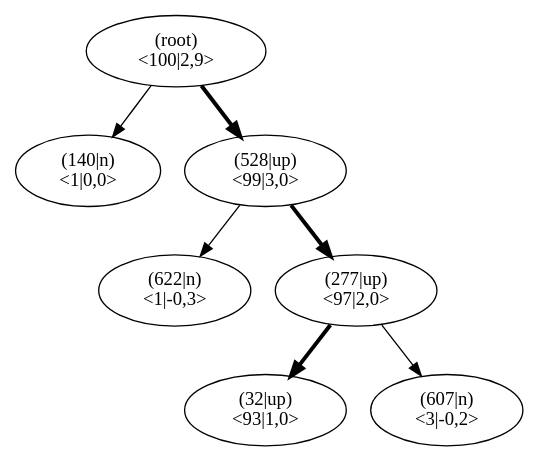
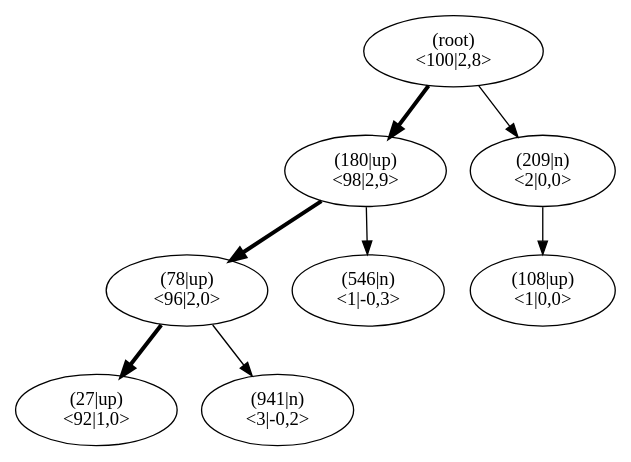
One commit to JonasHellgren/relexp-java changed the diagram in pictures/ch13/jumper_test_mcts.dot. Above: the diagram before and after it, drawn with Graphviz. The commit also changed 7 other files, not shown here.

Commit message:
better code archit fig

```diff
--- a/pictures/ch13/jumper_test_mcts.dot
+++ b/pictures/ch13/jumper_test_mcts.dot
@@ -1,23 +1,26 @@
 digraph MCTS {
 node [shape=ellipse];
 Nroot [label="(root)
-<100|2,9>"];
-Nroot -> N140[penwidth=1];
-N140 [label="(140|n)
+<100|2,8>"];
+Nroot -> N180[penwidth=3];
+N180 [label="(180|up)
+<98|2,9>"];
+N180 -> N78[penwidth=3];
+N78 [label="(78|up)
+<96|2,0>"];
+N78 -> N27[penwidth=3];
+N27 [label="(27|up)
+<92|1,0>"];
+N78 -> N941[penwidth=1];
+N941 [label="(941|n)
+<3|-0,2>"];
+N180 -> N546[penwidth=1];
+N546 [label="(546|n)
+<1|-0,3>"];
+Nroot -> N209[penwidth=1];
+N209 [label="(209|n)
+<2|0,0>"];
+N209 -> N108[penwidth=1];
+N108 [label="(108|up)
 <1|0,0>"];
-Nroot -> N528[penwidth=3];
-N528 [label="(528|up)
-<99|3,0>"];
-N528 -> N622[penwidth=1];
-N622 [label="(622|n)
-<1|-0,3>"];
-N528 -> N277[penwidth=3];
-N277 [label="(277|up)
-<97|2,0>"];
-N277 -> N32[penwidth=3];
-N32 [label="(32|up)
-<93|1,0>"];
-N277 -> N607[penwidth=1];
-N607 [label="(607|n)
-<3|-0,2>"];
 }
```
